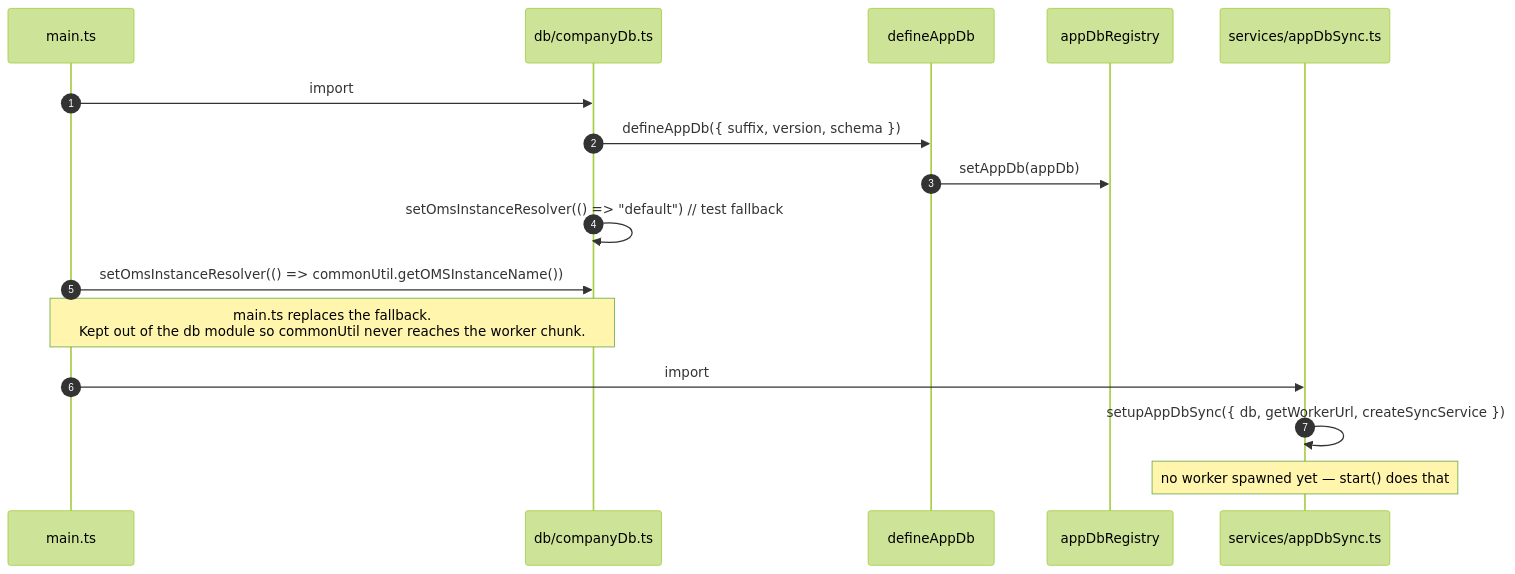
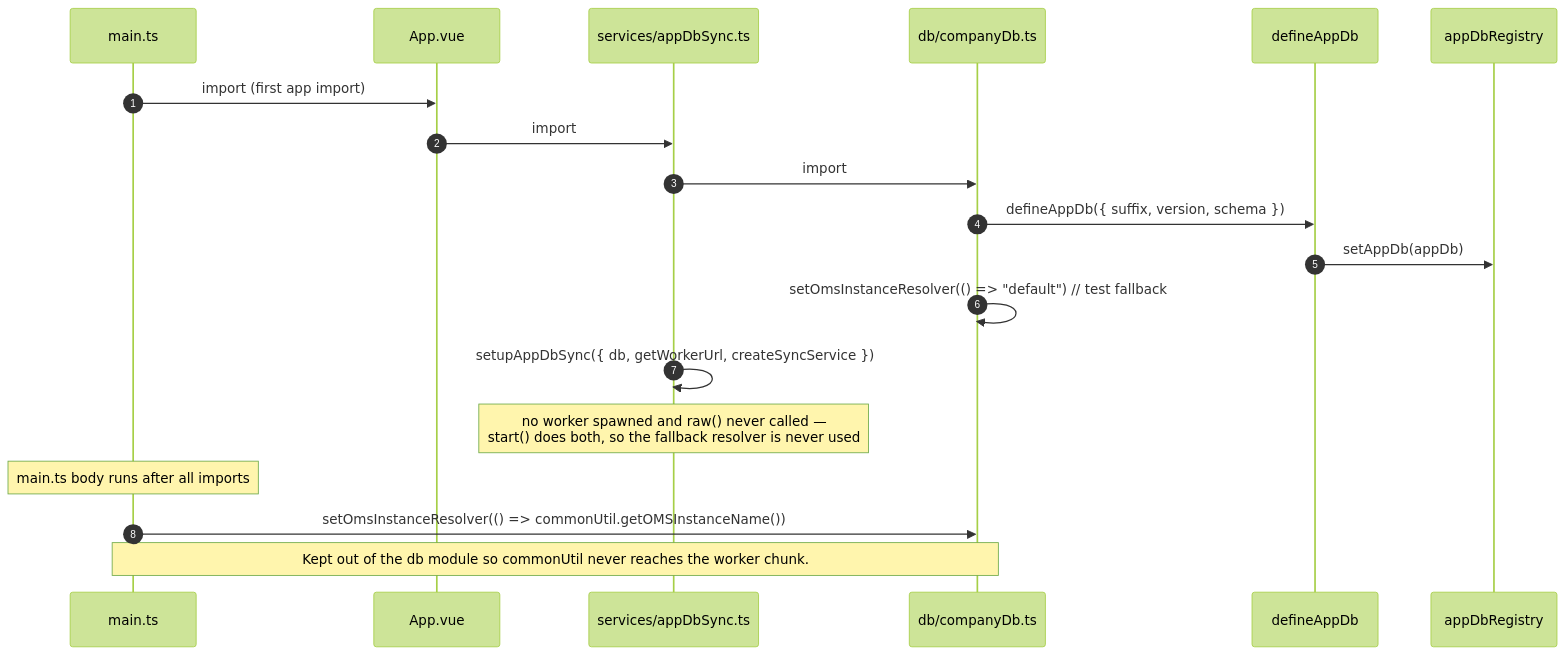
One commit to hotwax/accxui changed the sixth of 31 diagrams in docs/APP_DB_SYNC_FLOWS.md. Above: the diagram before and after it, drawn with Mermaid (forest theme). The commit also changed other lines of this file and 2 other files, not shown here.

Commit message:
Updated: App database docs for the query, sync activation, seed data and refetch changes made since they were last revised.

````diff
--- a/docs/APP_DB_SYNC_FLOWS.md
+++ b/docs/APP_DB_SYNC_FLOWS.md
@@ -173,19 +200,22 @@
 ```mermaid
 sequenceDiagram
     autonumber
     participant M as main.ts
+    participant APP as App.vue
+    participant SVC as services/appDbSync.ts
     participant DBM as db/companyDb.ts
     participant FW as defineAppDb
     participant REG as appDbRegistry
-    participant SVC as services/appDbSync.ts
 
-    M->>DBM: import
+    M->>APP: import (first app import)
+    APP->>SVC: import
+    SVC->>DBM: import
     DBM->>FW: defineAppDb({ suffix, version, schema })
     FW->>REG: setAppDb(appDb)
     DBM->>DBM: setOmsInstanceResolver(() => "default")  // test fallback
+    SVC->>SVC: setupAppDbSync({ db, getWorkerUrl, createSyncService })
+    Note over SVC: no worker spawned and raw() never called —<br/>start() does both, so the fallback resolver is never used
+    Note over M: main.ts body runs after all imports
     M->>DBM: setOmsInstanceResolver(() => commonUtil.getOMSInstanceName())
-    Note over M,DBM: main.ts replaces the fallback.<br/>Kept out of the db module so commonUtil never reaches the worker chunk.
-    M->>SVC: import
-    SVC->>SVC: setupAppDbSync({ db, getWorkerUrl, createSyncService })
-    Note over SVC: no worker spawned yet — start() does that
+    Note over M,DBM: Kept out of the db module so commonUtil never reaches the worker chunk.
 ```
````
